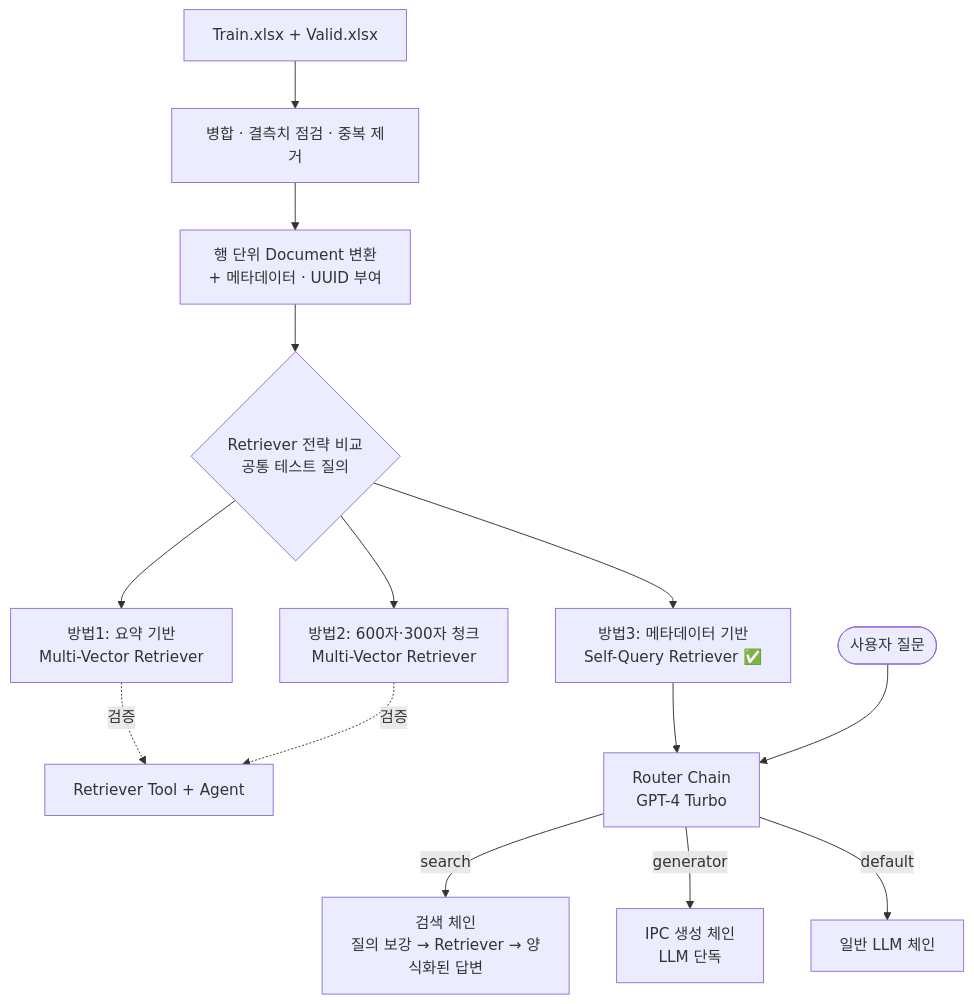
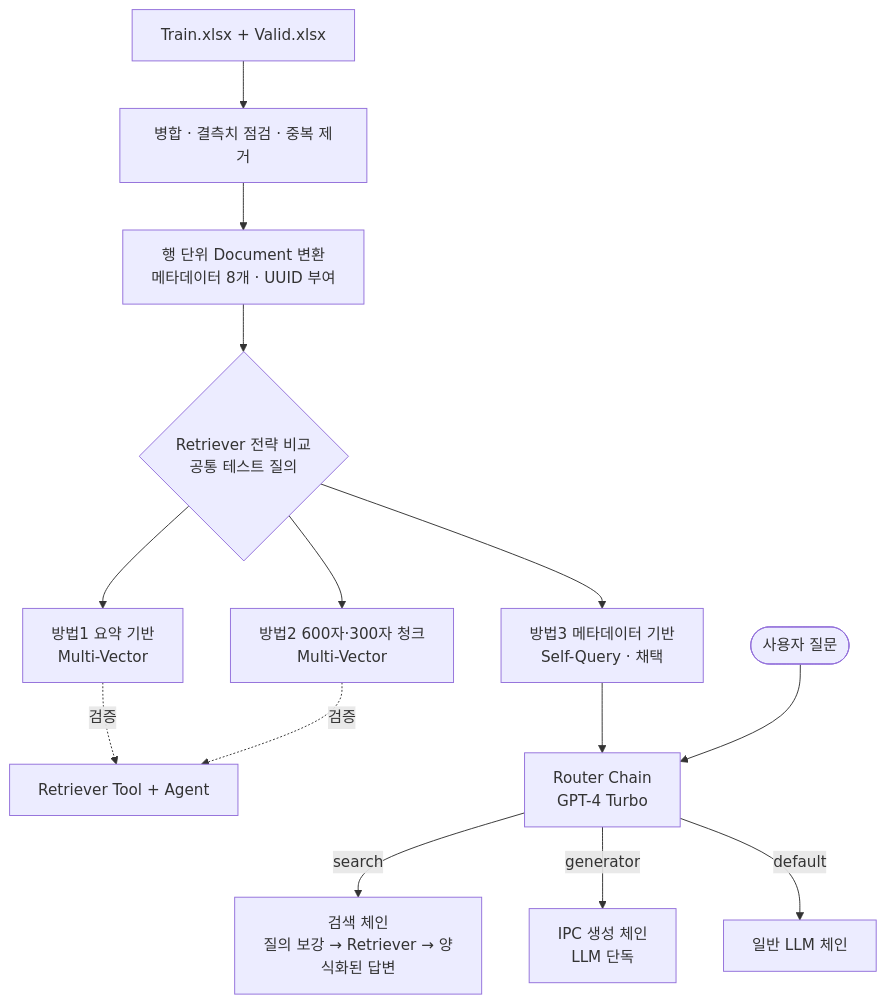
One commit to SunWoo1213/Patent_Classification changed the first of 4 diagrams in README.md. Above: the diagram before and after it, drawn with Mermaid. The commit also changed other lines of this file, not shown here.

````diff
--- a/README.md
+++ b/README.md
@@ -40,19 +34,19 @@
 ```mermaid
 flowchart TD
     A[Train.xlsx + Valid.xlsx] --> B[병합 · 결측치 점검 · 중복 제거]
-    B --> C[행 단위 Document 변환<br/>+ 메타데이터 · UUID 부여]
+    B --> C[행 단위 Document 변환<br/>메타데이터 8개 · UUID 부여]
     C --> D{Retriever 전략 비교<br/>공통 테스트 질의}
 
-    D --> E1[방법1: 요약 기반<br/>Multi-Vector Retriever]
-    D --> E2[방법2: 600자·300자 청크<br/>Multi-Vector Retriever]
-    D --> E3[방법3: 메타데이터 기반<br/>Self-Query Retriever ✅]
+    D --> E1[방법1 요약 기반<br/>Multi-Vector]
+    D --> E2[방법2 600자·300자 청크<br/>Multi-Vector]
+    D --> E3[방법3 메타데이터 기반<br/>Self-Query · 채택]
 
     E1 -.검증.-> AG[Retriever Tool + Agent]
     E2 -.검증.-> AG
 
     E3 --> F[Router Chain<br/>GPT-4 Turbo]
     U([사용자 질문]) --> F
     F -->|search| G[검색 체인<br/>질의 보강 → Retriever → 양식화된 답변]
     F -->|generator| H[IPC 생성 체인<br/>LLM 단독]
     F -->|default| I[일반 LLM 체인]
 ```
````
